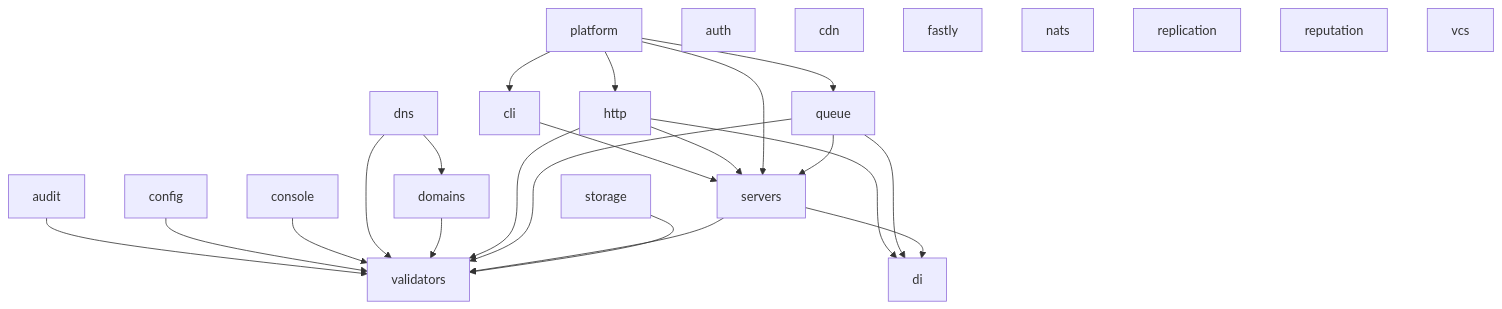
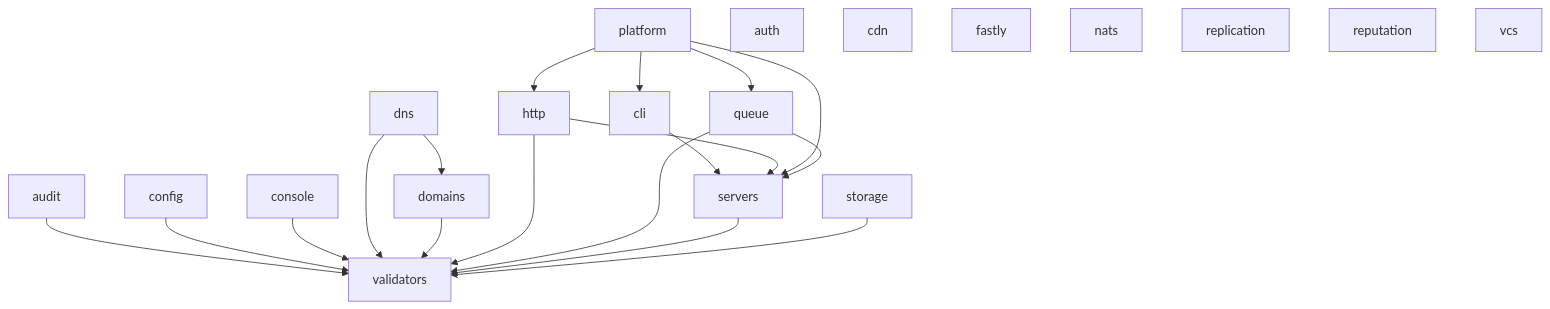
Before and after one commit to utopia-php/monorepo: the diagram in README.md, drawn with Mermaid. The commit also changed other lines of this file and 13 other files, not shown here.

````diff
--- a/README.md
+++ b/README.md
@@ -52,30 +52,27 @@
 ```mermaid
 graph TD
     audit --> validators
     cli --> servers
     config --> validators
     console --> validators
     dns --> validators
     dns --> domains
     domains --> validators
-    http --> di
     http --> servers
     http --> validators
     platform --> cli
     platform --> http
     platform --> queue
     platform --> servers
-    queue --> di
     queue --> servers
     queue --> validators
-    servers --> di
     servers --> validators
     storage --> validators
     auth
     cdn
     fastly
     nats
     replication
     reputation
     vcs
 ```
````
